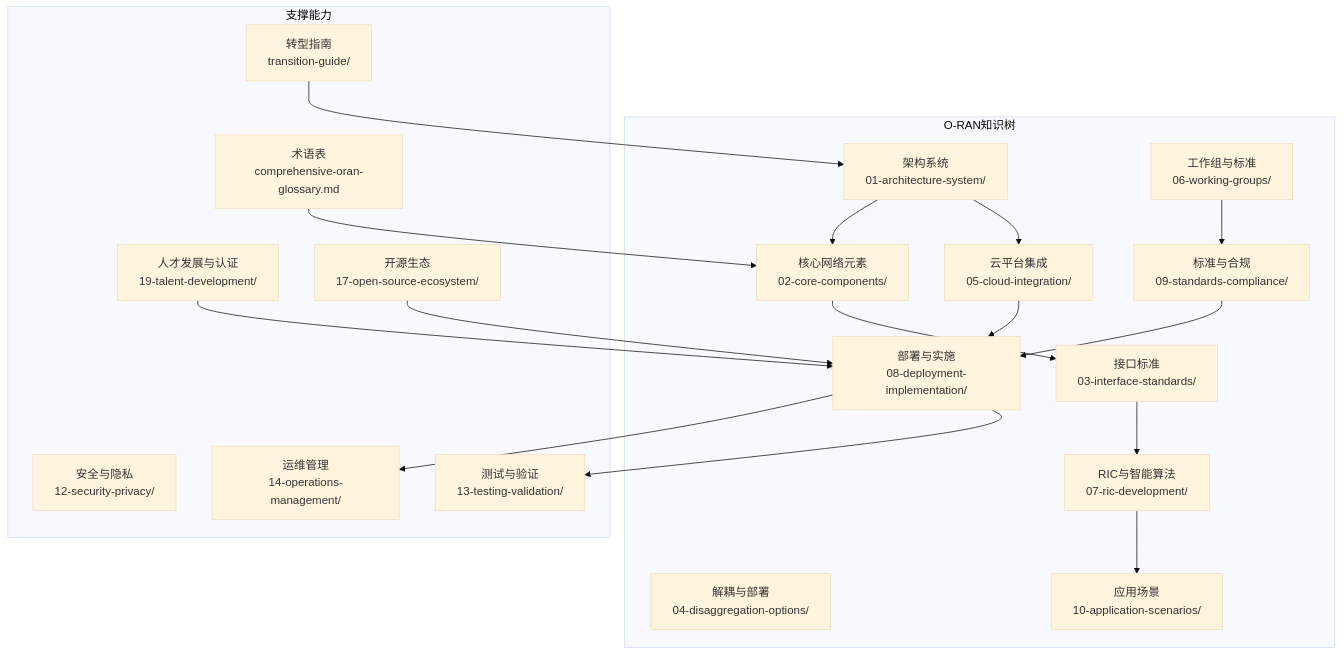
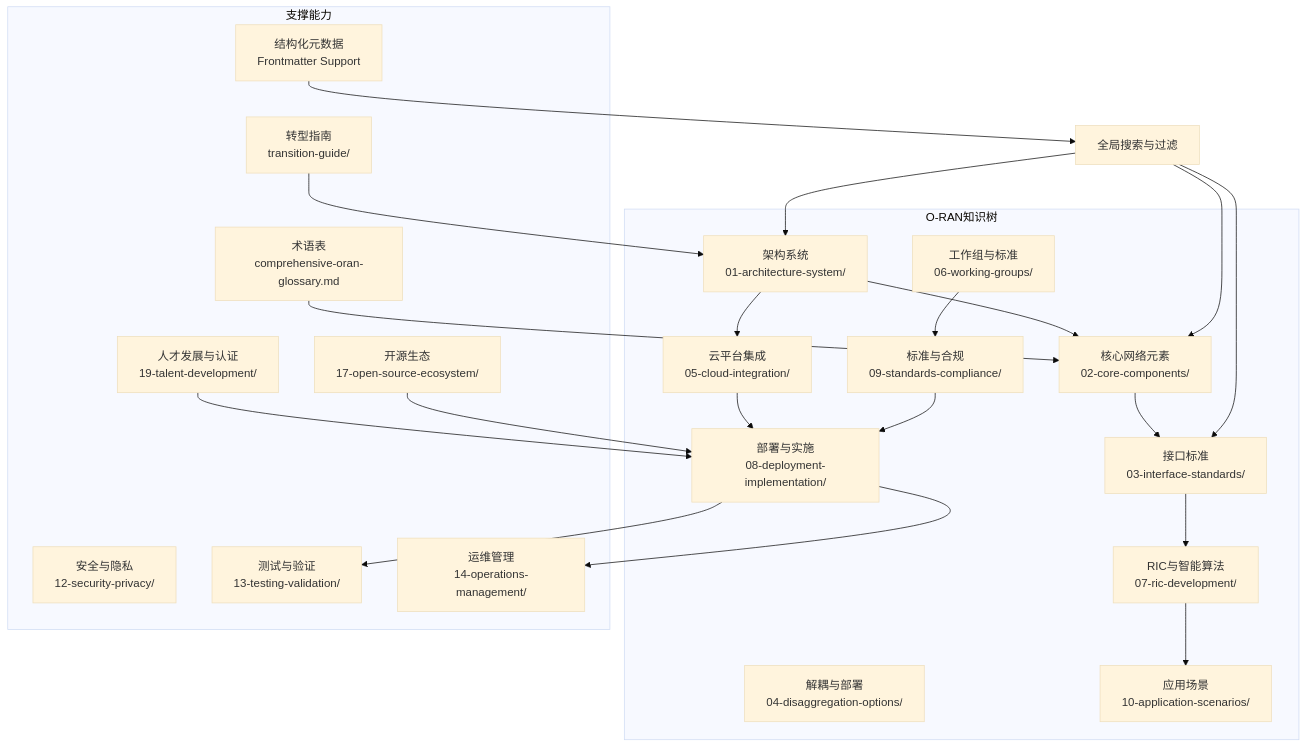
The second of 6 diagrams in .qoder/repowiki/zh/content/项目概述.md (allengaller/oran-database), drawn with Mermaid (base theme) before and after one commit. The commit also changed other lines of this file and 13 other files, not shown here.

````diff
--- a/.qoder/repowiki/zh/content/项目概述.md
+++ b/.qoder/repowiki/zh/content/项目概述.md
@@ -98,38 +110,43 @@
 ```mermaid
 graph TB
 subgraph "O-RAN知识树"
 Arch["架构系统<br/>01-architecture-system/"]
 Core["核心网络元素<br/>02-core-components/"]
 IF["接口标准<br/>03-interface-standards/"]
 Dis["解耦与部署<br/>04-disaggregation-options/"]
 Cloud["云平台集成<br/>05-cloud-integration/"]
 WG["工作组与标准<br/>06-working-groups/"]
 RIC["RIC与智能算法<br/>07-ric-development/"]
 Impl["部署与实施<br/>08-deployment-implementation/"]
 Std["标准与合规<br/>09-standards-compliance/"]
 App["应用场景<br/>10-application-scenarios/"]
 end
 subgraph "支撑能力"
 Tal["人才发展与认证<br/>19-talent-development/"]
 Sec["安全与隐私<br/>12-security-privacy/"]
 Test["测试与验证<br/>13-testing-validation/"]
 Ops["运维管理<br/>14-operations-management/"]
 Eco["开源生态<br/>17-open-source-ecosystem/"]
 Gloss["术语表<br/>comprehensive-oran-glossary.md"]
 Trans["转型指南<br/>transition-guide/"]
+Meta["结构化元数据<br/>Frontmatter Support"]
 end
 Arch --> Core
 Core --> IF
 IF --> RIC
 Arch --> Cloud
 Cloud --> Impl
 Impl --> Ops
 Impl --> Test
 RIC --> App
 Std --> Impl
 WG --> Std
 Tal --> Impl
 Eco --> Impl
 Gloss --> Core
 Trans --> Arch
+Meta --> All["全局搜索与过滤"]
+All --> Arch
+All --> Core
+All --> IF
 ```
````
